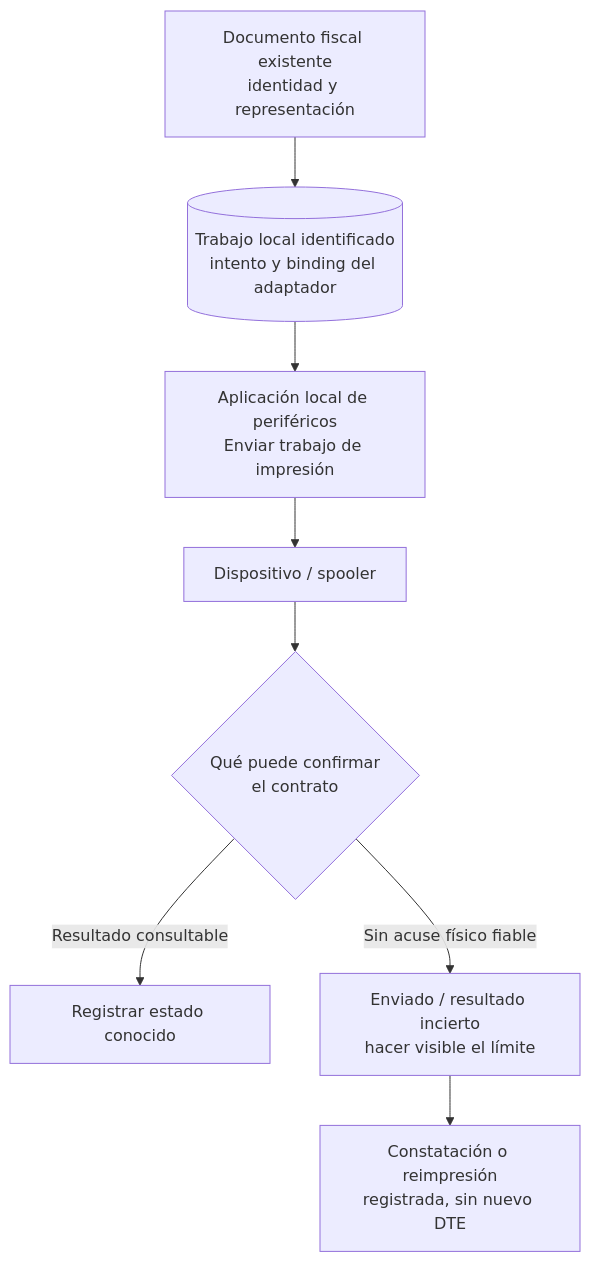
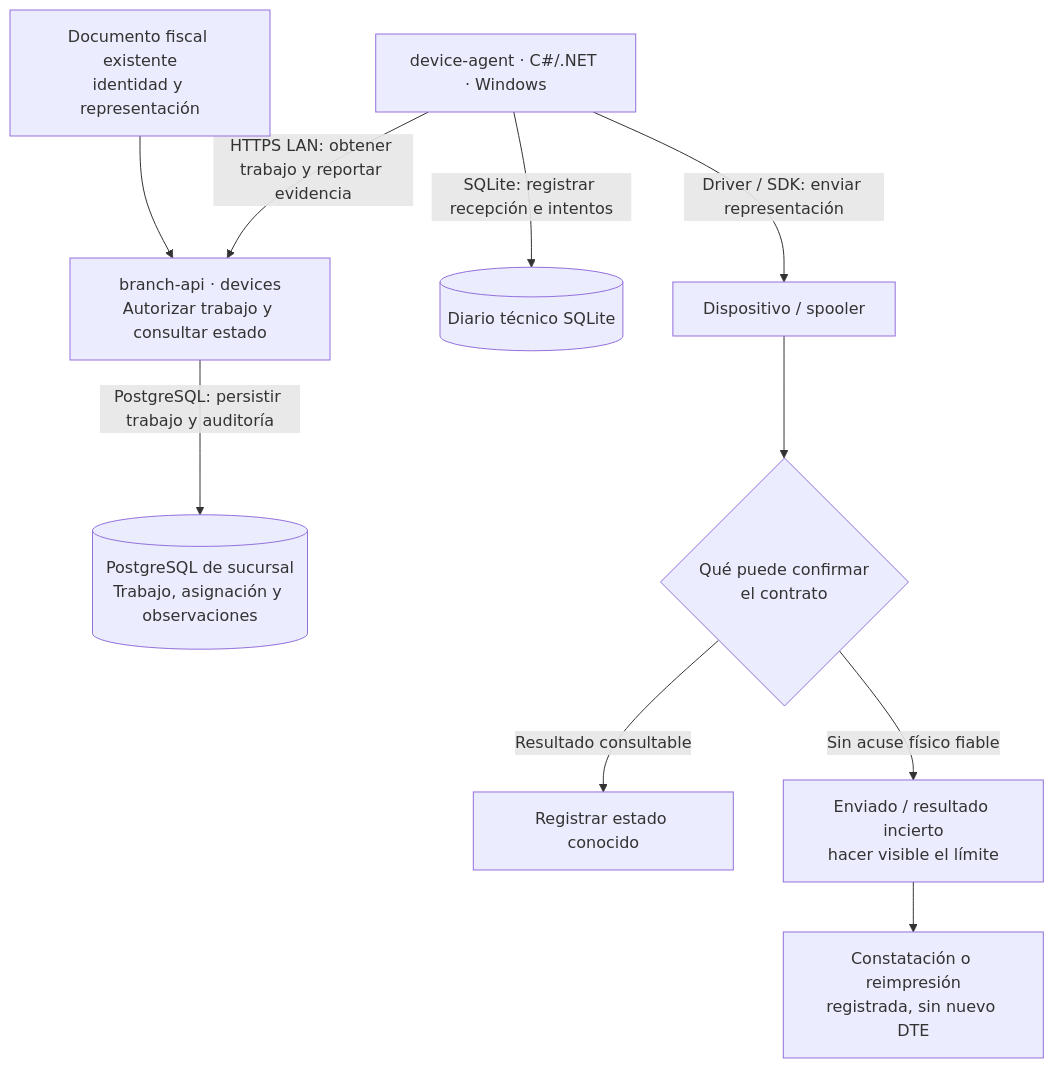
The sixth of 8 diagrams in docs/operacion-caja-y-evolucion.md (developer-implementos/pos-docs), drawn with Mermaid before and after one commit. The commit also changed other lines of this file and 94 other files, not shown here.

Commit message:
docs: define autonomous device agent across architecture and roadmap

````diff
--- a/docs/operacion-caja-y-evolucion.md
+++ b/docs/operacion-caja-y-evolucion.md
@@ -239,10 +239,12 @@
 ```mermaid
 flowchart TB
-  DTE["Documento fiscal existente<br/>identidad y representación"] --> JOB[("Trabajo local identificado<br/>intento y binding del adaptador")]
-  JOB --> ADAPTER["Aplicación local de periféricos<br/>Enviar trabajo de impresión"]
-  ADAPTER --> DEVICE["Dispositivo / spooler"]
+  DTE["Documento fiscal existente<br/>identidad y representación"] --> API["branch-api · devices<br/>Autorizar trabajo y consultar estado"]
+  API -->|"PostgreSQL: persistir trabajo y auditoría"| JOB[("PostgreSQL de sucursal<br/>Trabajo, asignación y observaciones")]
+  ADAPTER["device-agent · C#/.NET · Windows"] -->|"HTTPS LAN: obtener trabajo y reportar evidencia"| API
+  ADAPTER -->|"SQLite: registrar recepción e intentos"| JOURNAL[("Diario técnico SQLite")]
+  ADAPTER -->|"Driver / SDK: enviar representación"| DEVICE["Dispositivo / spooler"]
   DEVICE --> RESULT{"Qué puede confirmar<br/>el contrato"}
   RESULT -->|"Resultado consultable"| KNOWN["Registrar estado conocido"]
   RESULT -->|"Sin acuse físico fiable"| UNCERTAIN["Enviado / resultado incierto<br/>hacer visible el límite"]
   UNCERTAIN --> COPY["Constatación o reimpresión<br/>registrada, sin nuevo DTE"]
 ```
````
